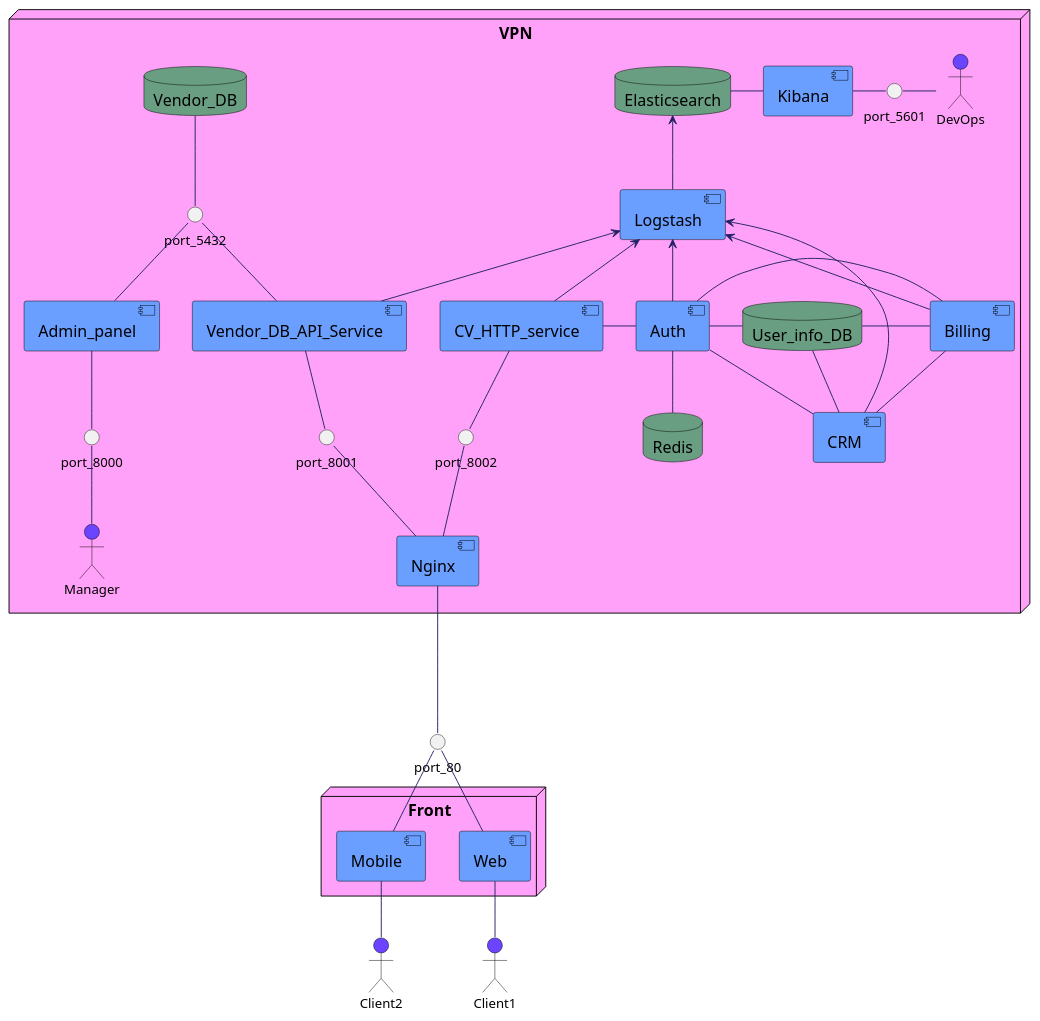
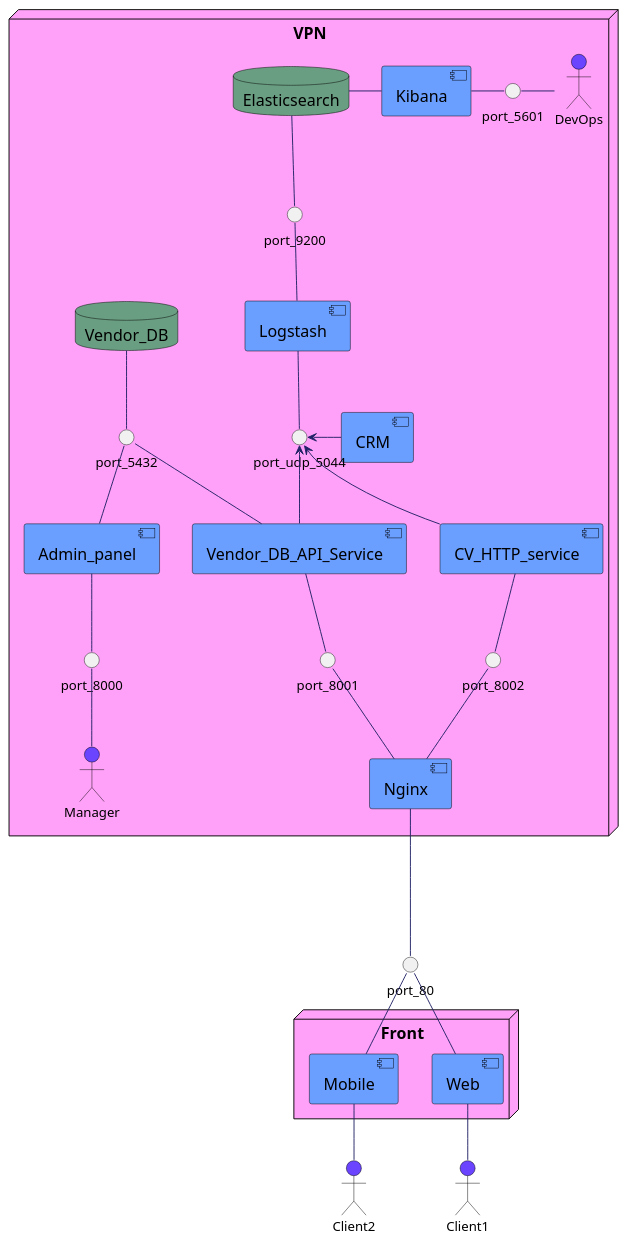
The diagram in diagrams/backend/architecture.puml (TNLinc/TonalCreamAssistant), drawn with PlantUML before and after one commit. The commit also changed 2 other files, not shown here.

Commit message:
updated service diagram (#90)
* updated service diagram

* Restyled by whitespace (#91)

```diff
--- a/diagrams/backend/architecture.puml
+++ b/diagrams/backend/architecture.puml
@@ -1,120 +1,107 @@
 @startuml
 skinparam component {
     FontColor          black
     AttributeFontColor black
     FontSize           17
     AttributeFontSize  15
     AttributeFontname  Droid Sans Mono
     BackgroundColor    #6A9EFF
     BorderColor        black
     ArrowColor         #222266
 }
 
 skinparam database {
     FontColor          black
     AttributeFontColor black
     FontSize           17
     AttributeFontSize  15
     AttributeFontname  Droid Sans Mono
     BackgroundColor    #6A9E82
     BorderColor        black
     ArrowColor         #222266
 }
 
 skinparam actor {
     BackgroundColor    #6A44ff
     BorderColor        black
     ArrowColor         #222266
 }
 
 skinparam node {
     FontColor          black
     AttributeFontColor black
     FontSize           17
     AttributeFontSize  15
     AttributeFontname  Droid Sans Mono
     BackgroundColor    #FFA1F8
     BorderColor        black
     ArrowColor         #222266
 }
 
 node "VPN"{
     database Elasticsearch
     database Vendor_DB
-    database User_info_DB
-    database Redis
-
     component Logstash
 
     component Kibana
     component Admin_panel
     component Vendor_DB_API_Service
     component CV_HTTP_service
     component Nginx
-    component Auth
-    component Billing
     component CRM
 
     interface port_8000
     interface port_8001
     interface port_8002
     interface port_5432
     interface port_5601
+    interface port_9200
+    interface port_udp_5044
 
     actor Manager
     actor DevOps
 
     Admin_panel -up- port_5432
     Admin_panel -down- port_8000
 
+    Elasticsearch -down- port_9200
+    Logstash -down- port_udp_5044
+    Logstash -up- port_9200
+
     Vendor_DB_API_Service -up- port_5432
-    Vendor_DB_API_Service -up-> Logstash
+    Vendor_DB_API_Service -up-> port_udp_5044
     Vendor_DB_API_Service -down- port_8001
     port_8001 -down- Nginx
 
-    CV_HTTP_service -right- Auth
-    CV_HTTP_service -up-> Logstash
+    CV_HTTP_service -up-> port_udp_5044
     CV_HTTP_service -down- port_8002
     port_8002 -down- Nginx
 
-    Auth -right- User_info_DB
-    Auth -down- Redis
-    Auth -right- Billing
-    Auth -right- CRM
-    Auth -up-> Logstash
-
-    Billing -left- User_info_DB
-    Billing -up-> Logstash
-
-    CRM -down- User_info_DB
-    CRM -up- Billing
-    CRM -up-> Logstash
-
-    Logstash -up-> Elasticsearch
+    CRM -left-> port_udp_5044
 
     Elasticsearch -right- Kibana
 
     Kibana -right- port_5601
 
     DevOps -left- port_5601
 
     Manager -up- port_8000
 
     Vendor_DB -down- port_5432
 }
 
 interface port_80
 port_80 -up-- Nginx
 
 
 node "Front"{
     [Web] -up- port_80
     [Mobile] -up- port_80
 }
 
 actor Client1
 actor Client2
 
 Client1 -up- Web
 Client2 -up- Mobile
 @enduml
```
